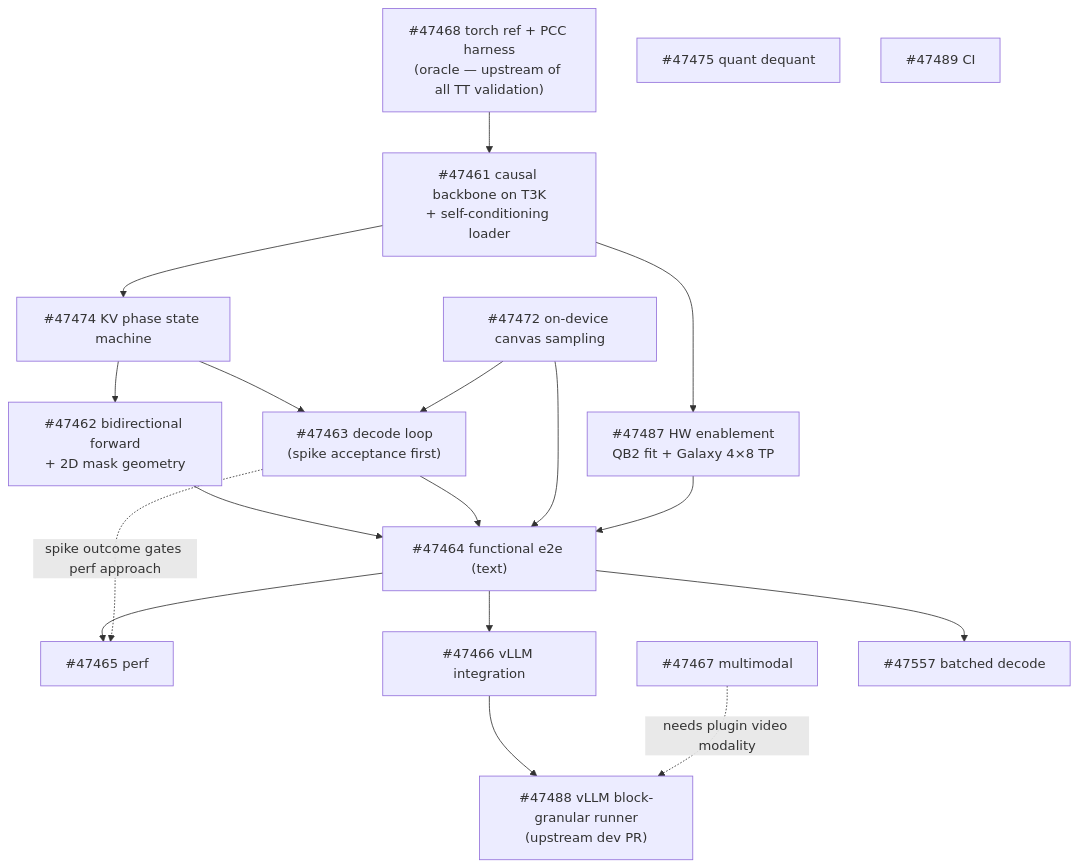
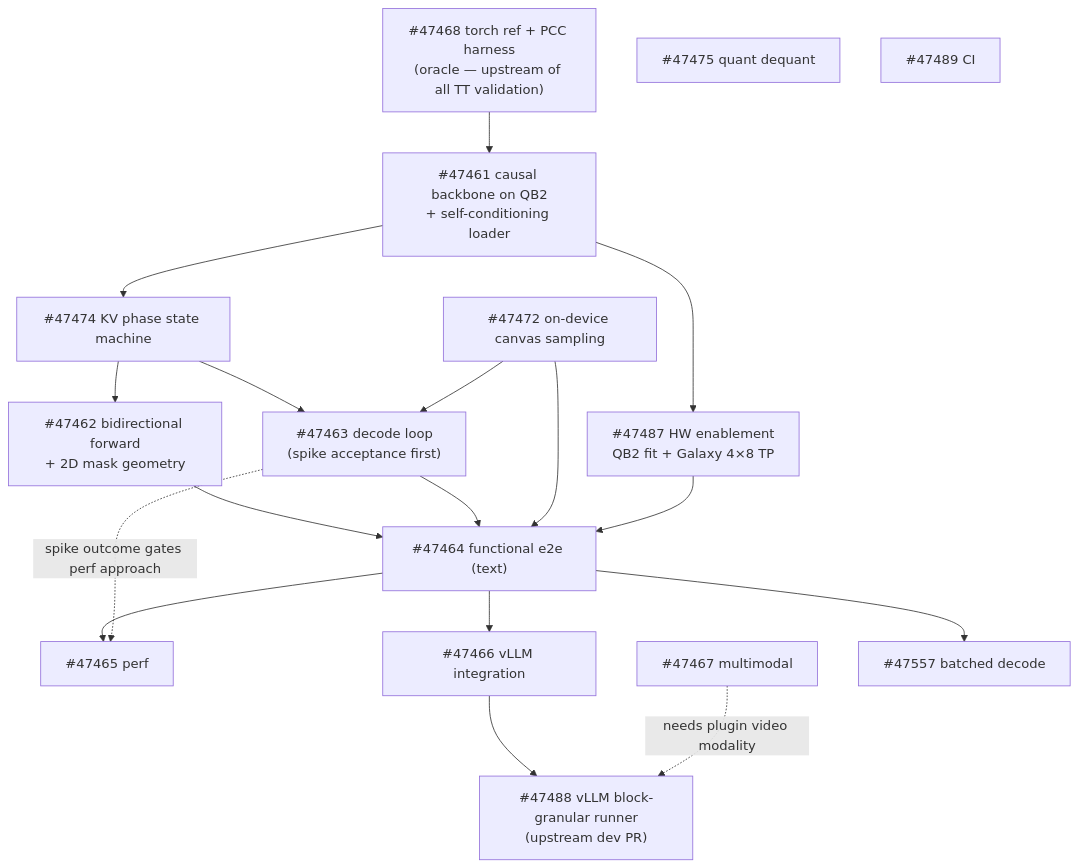
One commit to tenstorrent/tt-metal changed the diagram in models/experimental/diffusion_gemma/plan.md. Above: the diagram before and after it, drawn with Mermaid. The commit also changed other lines of this file and 1 other file, not shown here.

````diff
--- a/models/experimental/diffusion_gemma/plan.md
+++ b/models/experimental/diffusion_gemma/plan.md
@@ -92,35 +92,35 @@
 ```mermaid
 graph TD
   47468["#47468 torch ref + PCC harness<br/>(oracle — upstream of all TT validation)"]
-  47461["#47461 causal backbone on T3K<br/>+ self-conditioning loader"]
+  47461["#47461 causal backbone on QB2<br/>+ self-conditioning loader"]
   47487["#47487 HW enablement<br/>QB2 fit + Galaxy 4×8 TP"]
   47474["#47474 KV phase state machine"]
   47462["#47462 bidirectional forward<br/>+ 2D mask geometry"]
   47463["#47463 decode loop<br/>(spike acceptance first)"]
   47472["#47472 on-device canvas sampling"]
   47464["#47464 functional e2e (text)"]
   47465["#47465 perf"]
   47466["#47466 vLLM integration"]
   47488["#47488 vLLM block-granular runner<br/>(upstream dev PR)"]
   47557["#47557 batched decode"]
   47467["#47467 multimodal"]
   47475["#47475 quant dequant"]
   47489["#47489 CI"]
 
   47468 --> 47461
   47461 --> 47487
   47461 --> 47474
   47474 --> 47462
   47474 --> 47463
   47472 --> 47463
   47462 --> 47464
   47463 --> 47464
   47472 --> 47464
   47487 --> 47464
   47464 --> 47465
   47463 -. spike outcome gates perf approach .-> 47465
   47464 --> 47557
   47466 --> 47488
   47464 --> 47466
   47467 -. needs plugin video modality .-> 47488
 ```
````
